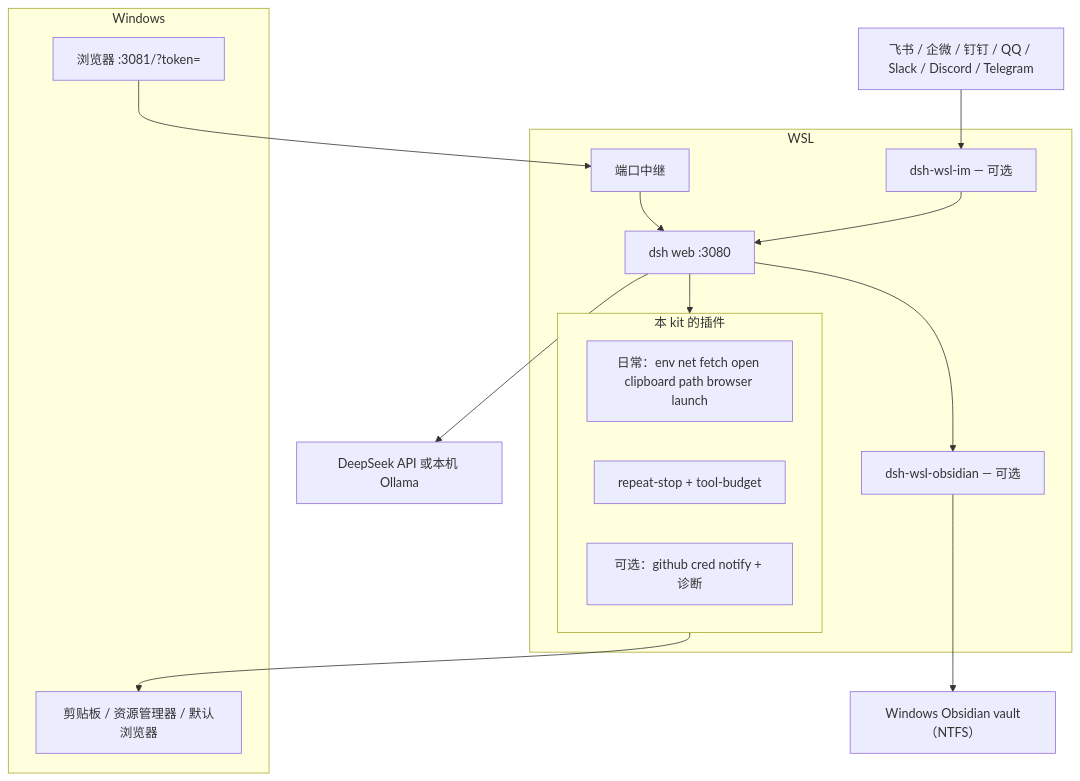
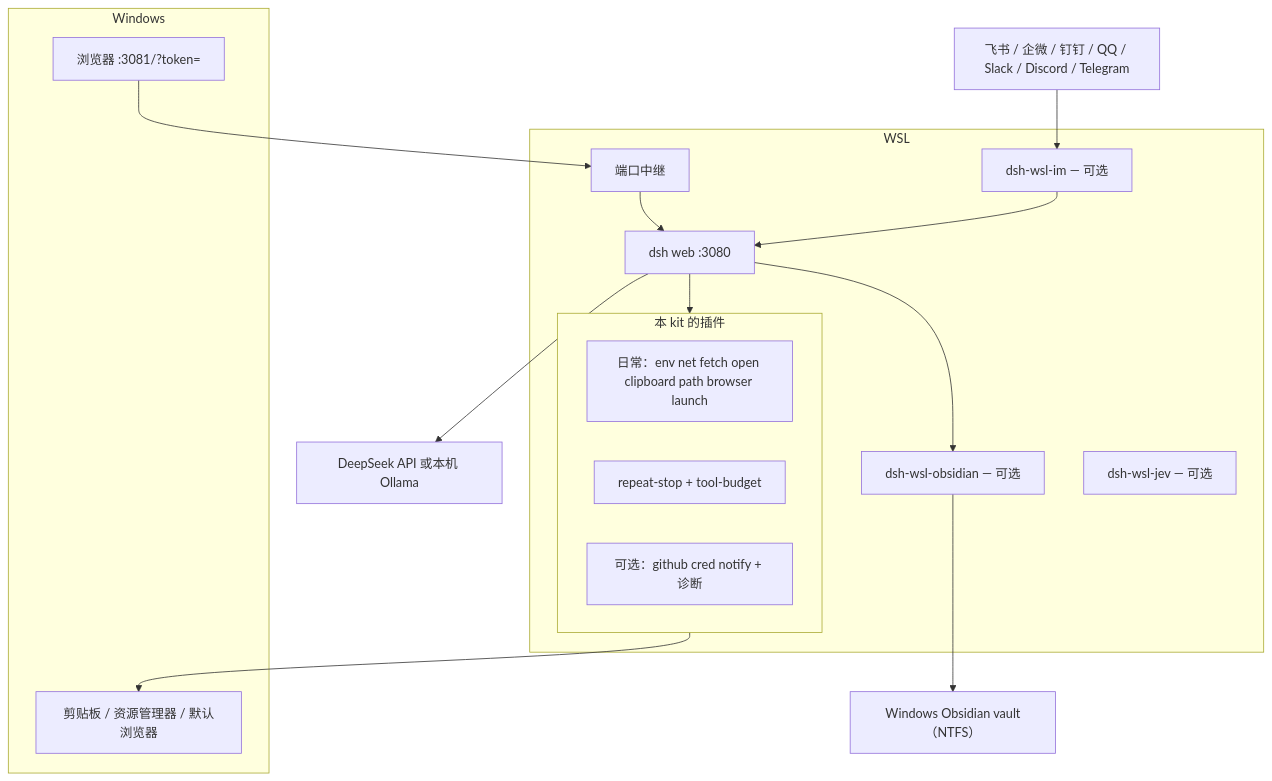
Before and after one commit to 173787247/dsh-wsl-kit: the diagram in README.zh.md, drawn with Mermaid. The commit also changed other lines of this file and 2 other files, not shown here.

Commit message:
docs: list optional dsh-wsl-jev 0.1.0 and source its env on restart

````diff
--- a/README.zh.md
+++ b/README.zh.md
@@ -15,29 +15,30 @@
 ```mermaid
 flowchart TB
   subgraph win [Windows]
     browser["浏览器 :3081/?token="]
     host["剪贴板 / 资源管理器 / 默认浏览器"]
   end
   subgraph wslbox [WSL]
     relay["端口中继"]
     dsh["dsh web :3080"]
     subgraph plugins [本 kit 的插件]
       daily["日常：env net fetch open clipboard path browser launch"]
       guards["repeat-stop + tool-budget"]
       more["可选：github cred notify + 诊断"]
     end
     im["dsh-wsl-im — 可选"]
     obsidian["dsh-wsl-obsidian — 可选"]
+    jev["dsh-wsl-jev — 可选"]
   end
   llm["DeepSeek API 或本机 Ollama"]
   chats["飞书 / 企微 / 钉钉 / QQ / Slack / Discord / Telegram"]
   vault["Windows Obsidian vault（NTFS）"]
 
   browser --> relay --> dsh
   dsh --> plugins
   dsh --> llm
   plugins --> host
   chats --> im --> dsh
   obsidian --> vault
   dsh --> obsidian
 ```
````
